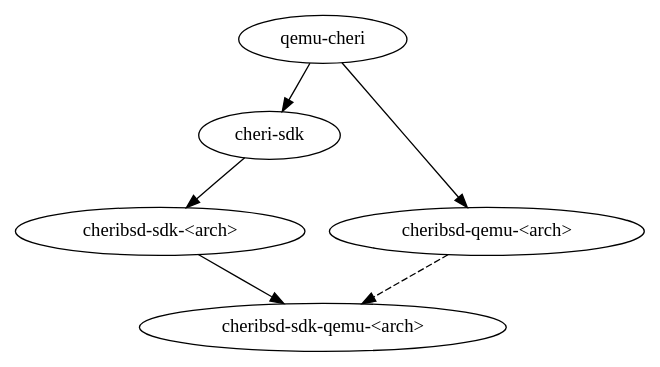
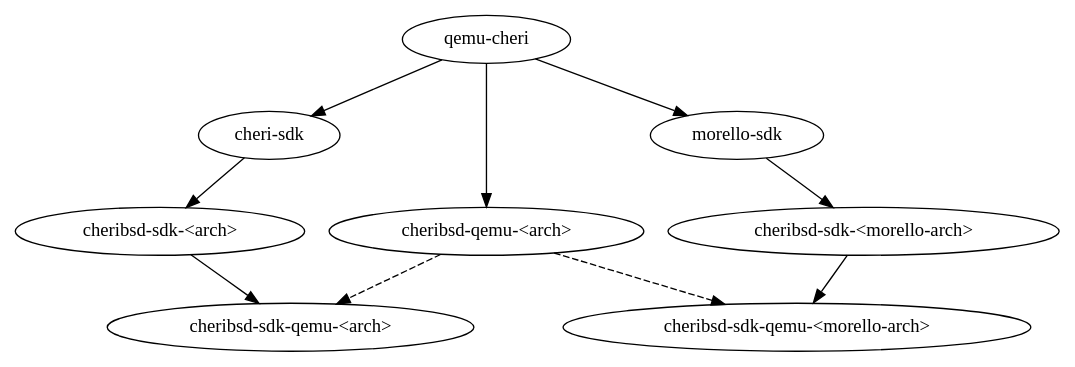
One commit to CTSRD-CHERI/cheri-docker-images changed the diagram in hierarchy.dot. Above: the diagram before and after it, drawn with Graphviz. The commit also changed 5 other files, not shown here.

First line of the commit message:
Attempt to build Morello SDK images

```diff
--- a/hierarchy.dot
+++ b/hierarchy.dot
@@ -1,7 +1,11 @@
 digraph {
 	"qemu-cheri" -> "cheri-sdk"
+	"qemu-cheri" -> "morello-sdk"
 	"cheri-sdk" -> "cheribsd-sdk-<arch>"
+	"morello-sdk" -> "cheribsd-sdk-<morello-arch>"
 	"qemu-cheri" -> "cheribsd-qemu-<arch>"
 	"cheribsd-sdk-<arch>" -> "cheribsd-sdk-qemu-<arch>"
 	"cheribsd-qemu-<arch>" -> "cheribsd-sdk-qemu-<arch>" [style=dashed]
+	"cheribsd-sdk-<morello-arch>" -> "cheribsd-sdk-qemu-<morello-arch>"
+	"cheribsd-qemu-<arch>" -> "cheribsd-sdk-qemu-<morello-arch>" [style=dashed]
 }
```
